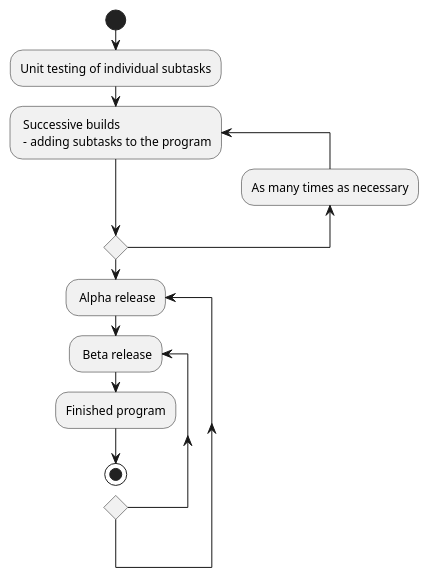
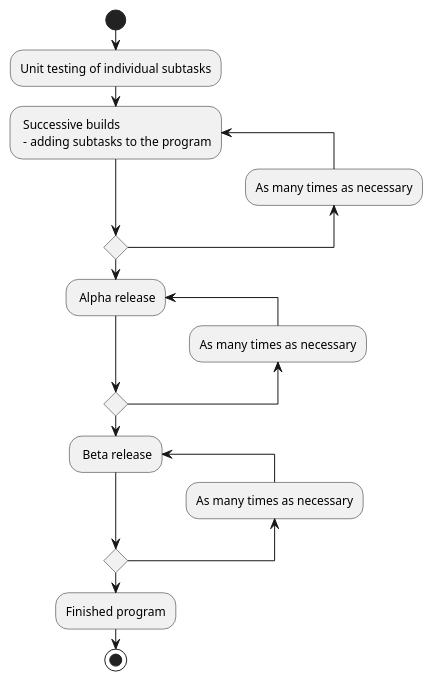
The fifth of 5 diagrams in doc/intro.md (UPPMAX/programming_formalisms_intro), drawn with PlantUML before and after one commit.

Commit message:
testing process

````diff
--- a/doc/intro.md
+++ b/doc/intro.md
@@ -544,15 +544,19 @@
 ```{uml}
 @startuml
 start
 :Unit testing of individual subtasks;
 repeat: Successive builds \n - adding subtasks to the program;
 backward:As many times as necessary;
 repeat while
 repeat: Alpha release;
+backward:As many times as necessary;
+repeat while
 repeat: Beta release;
+backward:As many times as necessary;
+repeat while
 :Finished program;
 
 stop
 
 @enduml
 ```
````
